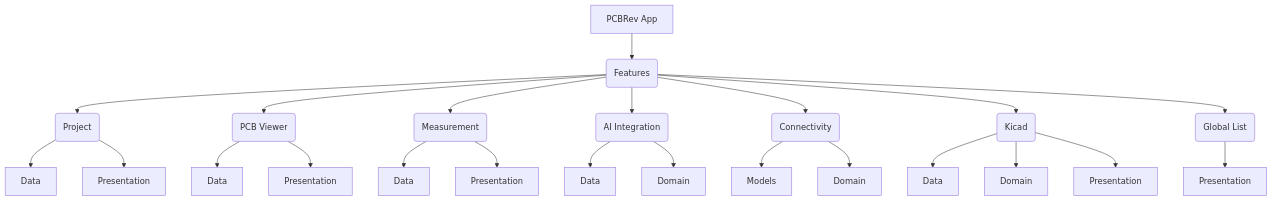
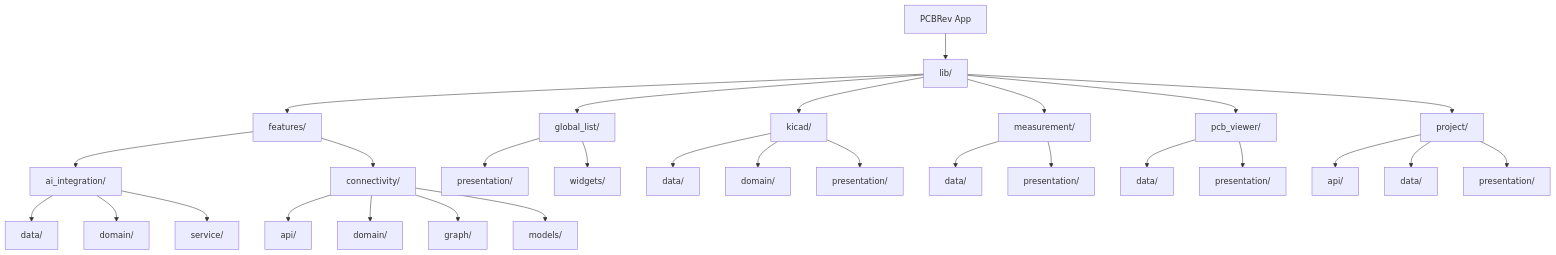
One commit to damiik/pcb_rev changed the diagram in README.md. Above: the diagram before and after it, drawn with Mermaid. The commit also changed other lines of this file and 1 other file, not shown here.

````diff
--- a/README.md
+++ b/README.md
@@ -185,33 +186,39 @@
 ```mermaid
 graph TD
-    A[PCBRev App] --> C(Features);
+    A[PCBRev App] --> B[lib/];
+    B --> C[features/];
+    B --> D[global_list/];
+    B --> E[kicad/];
+    B --> F[measurement/];
+    B --> G[pcb_viewer/];
+    B --> H[project/];
 
-    C --> G(Project);
-    C --> H(PCB Viewer);
-    C --> J(Measurement);
-    C --> K(AI Integration);
-    C --> L(Connectivity);
-    C --> M(Kicad);
-    C --> N(Global List);
+    C --> C1[ai_integration/];
+    C --> C2[connectivity/];
 
-    G --> G_Data[Data];
-    G --> G_Pres[Presentation];
+    C1 --> C1_Data[data/];
+    C1 --> C1_Domain[domain/];
+    C1 --> C1_Service[service/];
 
-    H --> H_Data[Data];
-    H --> H_Pres[Presentation];
+    C2 --> C2_API[api/];
+    C2 --> C2_Domain[domain/];
+    C2 --> C2_Graph[graph/];
+    C2 --> C2_Models[models/];
 
-    J --> J_Data[Data];
-    J --> J_Pres[Presentation];
+    D --> D_Pres[presentation/];
+    D --> D_Widgets[widgets/];
 
-    K --> K_Data[Data];
-    K --> K_Domain[Domain];
+    E --> E_Data[data/];
+    E --> E_Domain[domain/];
+    E --> E_Pres[presentation/];
 
-    L --> L_Models[Models];
-    L --> L_Domain[Domain];
+    F --> F_Data[data/];
+    F --> F_Pres[presentation/];
 
-    M --> M_Data[Data];
-    M --> M_Domain[Domain];
-    M --> M_Pres[Presentation];
+    G --> G_Data[data/];
+    G --> G_Pres[presentation/];
 
-    N --> N_Pres[Presentation];
+    H --> H_API[api/];
+    H --> H_Data[data/];
+    H --> H_Pres[presentation/];
 ```
````
